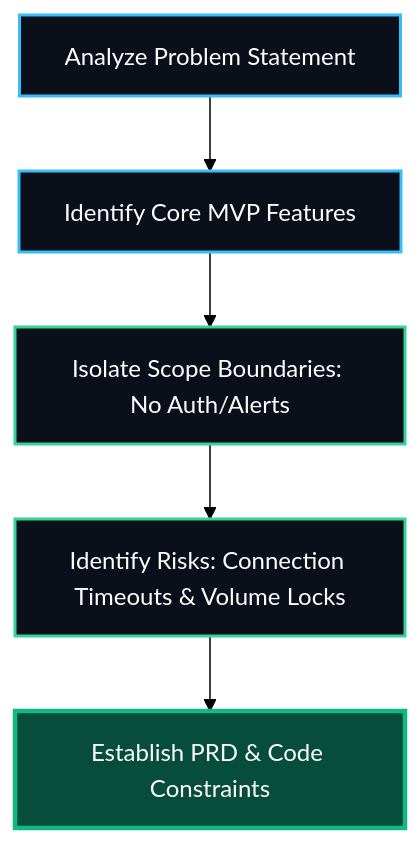
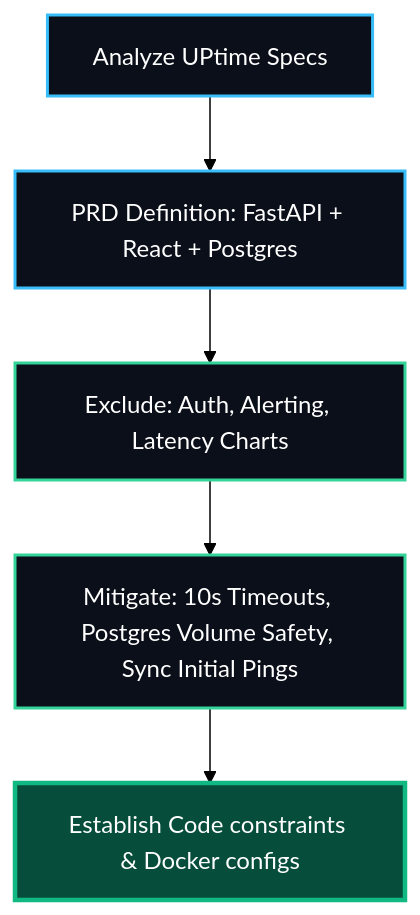
One commit to Nishchalpr4/UpTime-Moniter changed the first of 4 diagrams in README.md. Above: the diagram before and after it, drawn with Mermaid (forest theme). The commit also changed other lines of this file, not shown here.

Commit message:
docs: specialize PRD mapping to UPtime constraints in README

````diff
--- a/README.md
+++ b/README.md
@@ -42,13 +61,13 @@
 ```mermaid
 graph TD
-    A[Analyze Problem Statement] --> B[Identify Core MVP Features]
-    B --> C[Isolate Scope Boundaries: No Auth/Alerts]
-    C --> D[Identify Risks: Connection Timeouts & Volume Locks]
-    D --> E[Establish PRD & Code Constraints]
+    A[Analyze UPtime Specs] --> B[PRD Definition: FastAPI + React + Postgres]
+    B --> C[Exclude: Auth, Alerting, Latency Charts]
+    C --> D[Mitigate: 10s Timeouts, Postgres Volume Safety, Sync Initial Pings]
+    D --> E[Establish Code constraints & Docker configs]
 
     style A fill:#0b0f19,stroke:#38bdf8,stroke-width:2px,color:#fff
     style B fill:#0b0f19,stroke:#38bdf8,stroke-width:2px,color:#fff
     style C fill:#0b0f19,stroke:#34d399,stroke-width:2px,color:#fff
     style D fill:#0b0f19,stroke:#34d399,stroke-width:2px,color:#fff
     style E fill:#064e3b,stroke:#10b981,stroke-width:3px,color:#fff
 ```
````
